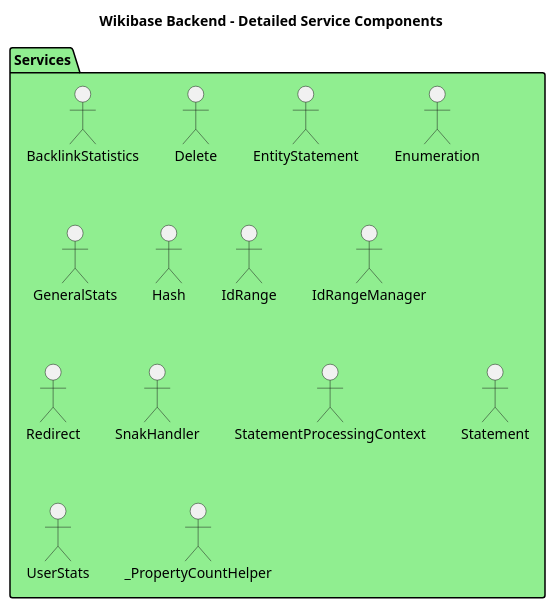
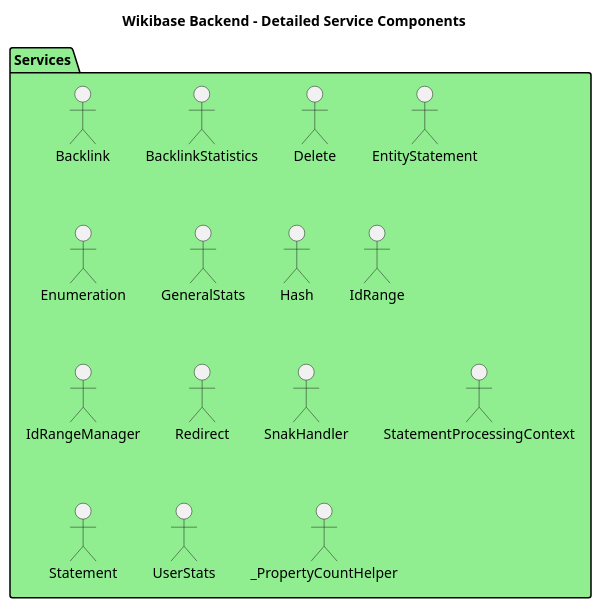
The diagram in docs/DIAGRAMS/detailed_service_components.puml (dpriskorn/entitybase-backend), drawn with PlantUML before and after one commit. The commit also changed 39 other files, not shown here.

```diff
--- a/docs/DIAGRAMS/detailed_service_components.puml
+++ b/docs/DIAGRAMS/detailed_service_components.puml
@@ -1,22 +1,23 @@
 @startuml Detailed Service Components
 
 title Wikibase Backend - Detailed Service Components
 
 package "Services" as Services #LightGreen {
+    "Backlink" as BacklinkService
     "BacklinkStatistics" as BacklinkStatisticsService
     "Delete" as DeleteService
     "EntityStatement" as EntityStatementService
     "Enumeration" as EnumerationService
     "GeneralStats" as GeneralStatsService
     "Hash" as HashService
     "IdRange" as IdRange
     "IdRangeManager" as IdRangeManager
     "Redirect" as RedirectService
     "SnakHandler" as SnakHandler
     "StatementProcessingContext" as StatementProcessingContext
     "Statement" as StatementService
     "UserStats" as UserStatsService
     "_PropertyCountHelper" as _PropertyCountHelper
 }
 
 @enduml
```
